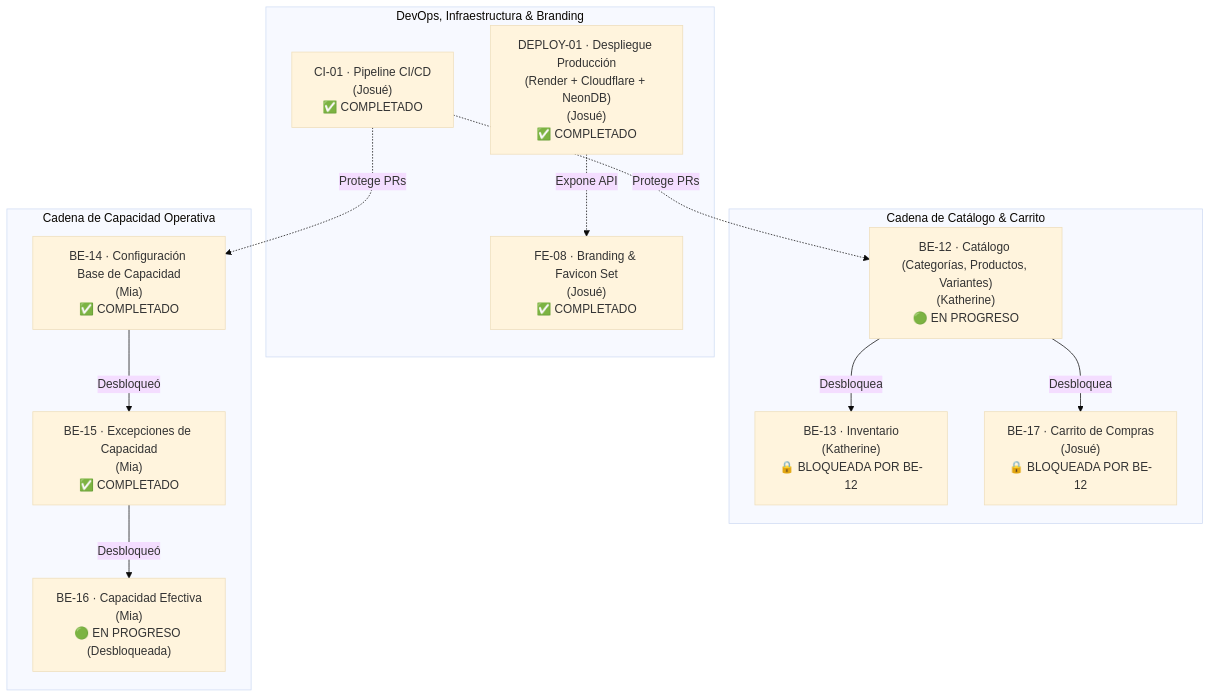
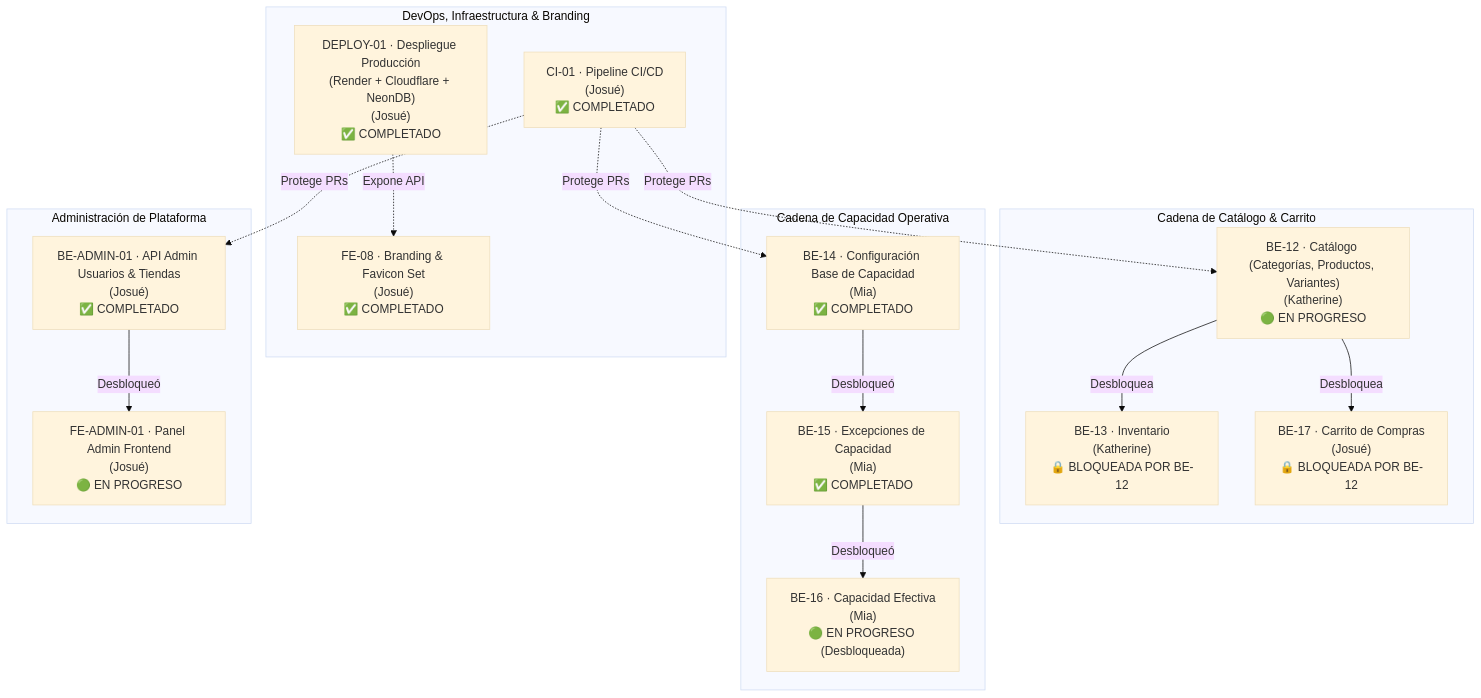
The first of 2 diagrams in docs/06-scrum/sprint-03.md (iJosueeh/jaldishop), drawn with Mermaid (base theme) before and after one commit. The commit also changed other lines of this file and 2 other files, not shown here.

````diff
--- a/docs/06-scrum/sprint-03.md
+++ b/docs/06-scrum/sprint-03.md
@@ -27,28 +27,35 @@
 ```mermaid
 flowchart TD
     subgraph DEVOPS["DevOps, Infraestructura & Branding"]
         CI01["CI-01 · Pipeline CI/CD<br/>(Josué)<br/>✅ COMPLETADO"]
         DEPLOY01["DEPLOY-01 · Despliegue Producción<br/>(Render + Cloudflare + NeonDB)<br/>(Josué)<br/>✅ COMPLETADO"]
         FE08["FE-08 · Branding & Favicon Set<br/>(Josué)<br/>✅ COMPLETADO"]
     end
 
     subgraph CATALOGO["Cadena de Catálogo & Carrito"]
         BE12["BE-12 · Catálogo (Categorías, Productos, Variantes)<br/>(Katherine)<br/>🟢 EN PROGRESO"]
         BE13["BE-13 · Inventario<br/>(Katherine)<br/>🔒 BLOQUEADA POR BE-12"]
         BE17["BE-17 · Carrito de Compras<br/>(Josué)<br/>🔒 BLOQUEADA POR BE-12"]
         BE12 -->|Desbloquea| BE13
         BE12 -->|Desbloquea| BE17
     end
 
     subgraph CAPACIDAD["Cadena de Capacidad Operativa"]
         BE14["BE-14 · Configuración Base de Capacidad<br/>(Mia)<br/>✅ COMPLETADO"]
         BE15["BE-15 · Excepciones de Capacidad<br/>(Mia)<br/>✅ COMPLETADO"]
         BE16["BE-16 · Capacidad Efectiva<br/>(Mia)<br/>🟢 EN PROGRESO (Desbloqueada)"]
         BE14 -->|Desbloqueó| BE15
         BE15 -->|Desbloqueó| BE16
     end
 
+    subgraph ADMIN["Administración de Plataforma"]
+        BEADMIN01["BE-ADMIN-01 · API Admin Usuarios & Tiendas<br/>(Josué)<br/>✅ COMPLETADO"]
+        FEADMIN01["FE-ADMIN-01 · Panel Admin Frontend<br/>(Josué)<br/>🟢 EN PROGRESO"]
+        BEADMIN01 -->|Desbloqueó| FEADMIN01
+    end
+
     CI01 -. Protege PRs .-> BE12
     CI01 -. Protege PRs .-> BE14
+    CI01 -. Protege PRs .-> BEADMIN01
     DEPLOY01 -. Expone API .-> FE08
 ```
````
